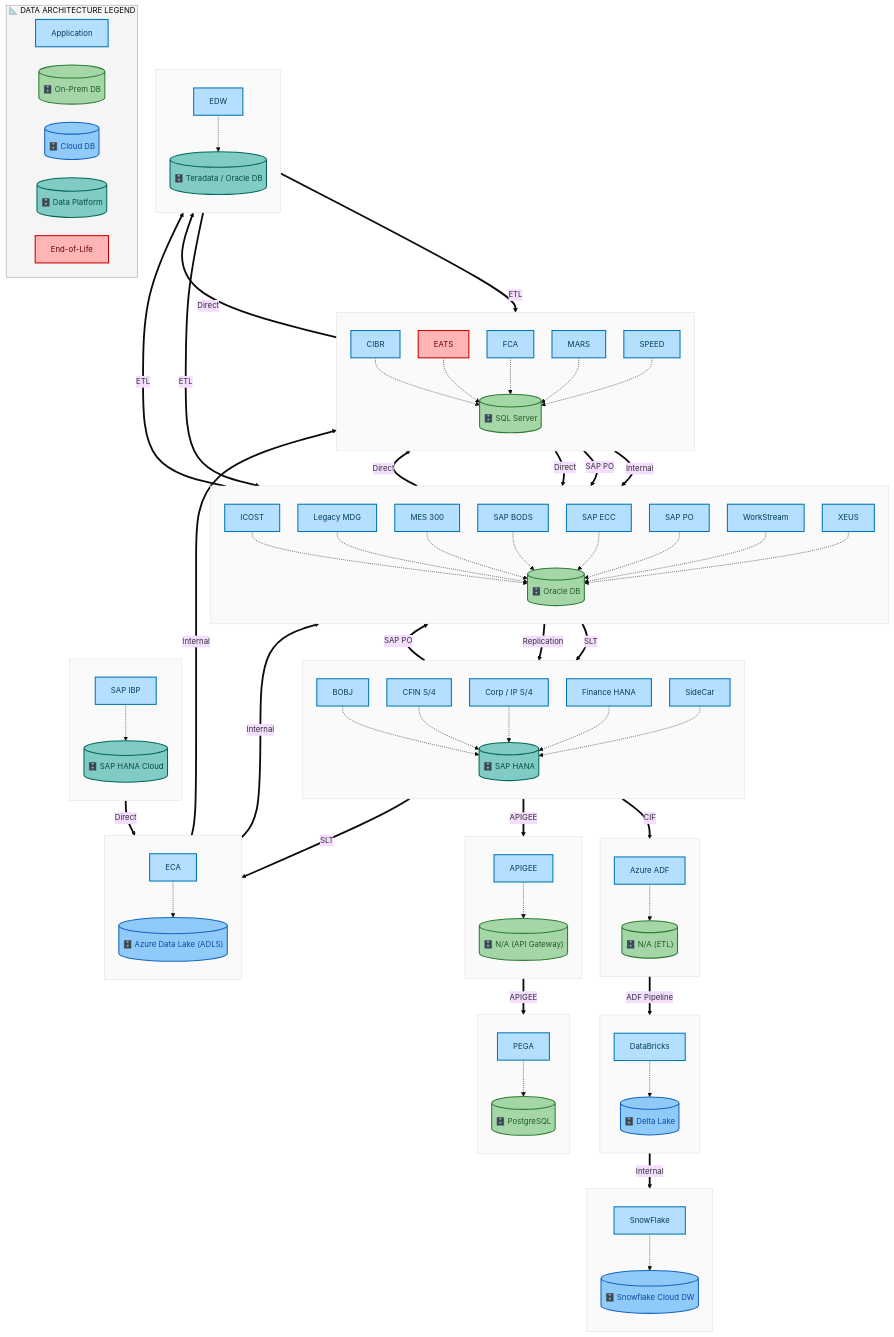
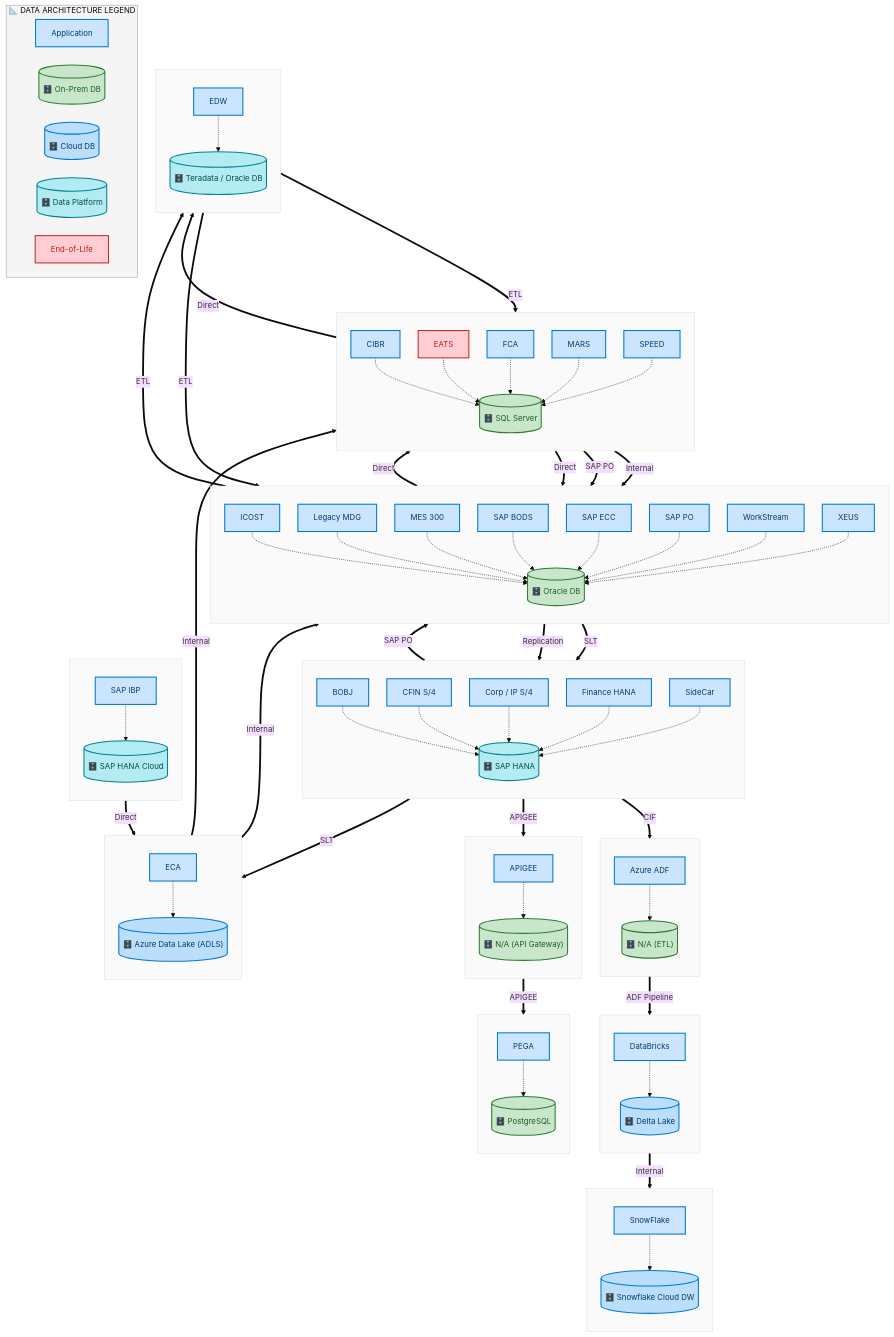
One commit to sajivfrancis777/IAO-Architecture changed the second of 6 diagrams in towers/FPR/output/docs/summaries/L0-FPR-Summary.md. Above: the diagram before and after it, drawn with Mermaid. The commit also changed other lines of this file and 12 other files, not shown here.

````diff
--- a/towers/FPR/output/docs/summaries/L0-FPR-Summary.md
+++ b/towers/FPR/output/docs/summaries/L0-FPR-Summary.md
@@ -246,11 +253,11 @@
 ```mermaid
 %%{init: {"theme": "base", "securityLevel": "loose", "themeVariables": {"fontSize": "15px", "fontFamily": "Segoe UI, Arial"}, "flowchart": {"useMaxWidth": false, "htmlLabels": true, "nodeSpacing": 35, "rankSpacing": 45}} }%%
 flowchart TB
-    classDef appBox fill:#B5DFFF,stroke:#0077B6,stroke-width:2px,color:#003D5B
-    classDef dbCyl fill:#A5D6A7,stroke:#2E7D32,stroke-width:2px,color:#1B5E20
-    classDef dbCloud fill:#90CAF9,stroke:#1565C0,stroke-width:2px,color:#0D47A1
-    classDef dbData fill:#80CBC4,stroke:#00695C,stroke-width:2px,color:#004D40
-    classDef eolBox fill:#FFB5B5,stroke:#CC0000,stroke-width:2px,color:#660000
+    classDef appBox fill:#CCE5FF,stroke:#0078D4,stroke-width:2px,color:#003A6C
+    classDef dbCyl fill:#C8E6C9,stroke:#2E7D32,stroke-width:2px,color:#1B5E20
+    classDef dbCloud fill:#BBDEFB,stroke:#0078D4,stroke-width:2px,color:#003A6C
+    classDef dbData fill:#B2EBF2,stroke:#00838F,stroke-width:2px,color:#004D40
+    classDef eolBox fill:#FFCDD2,stroke:#C62828,stroke-width:2px,color:#B71C1C
 
     subgraph SCDCL_Azure_Data_Lake_ADLS[" "]
         direction TB
````
